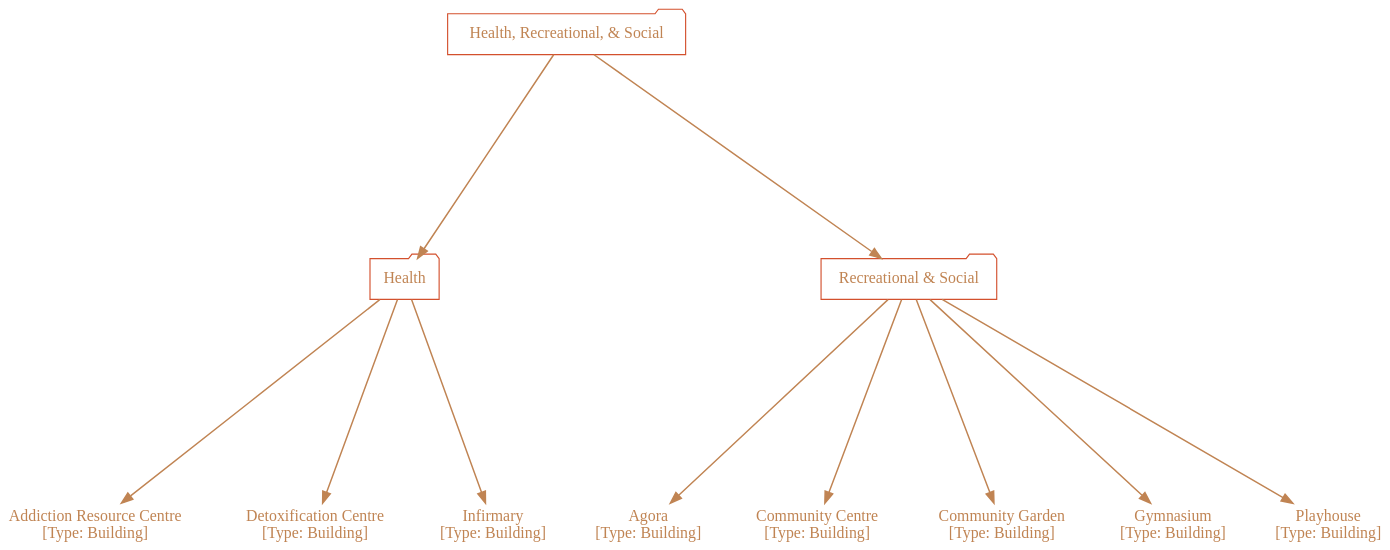
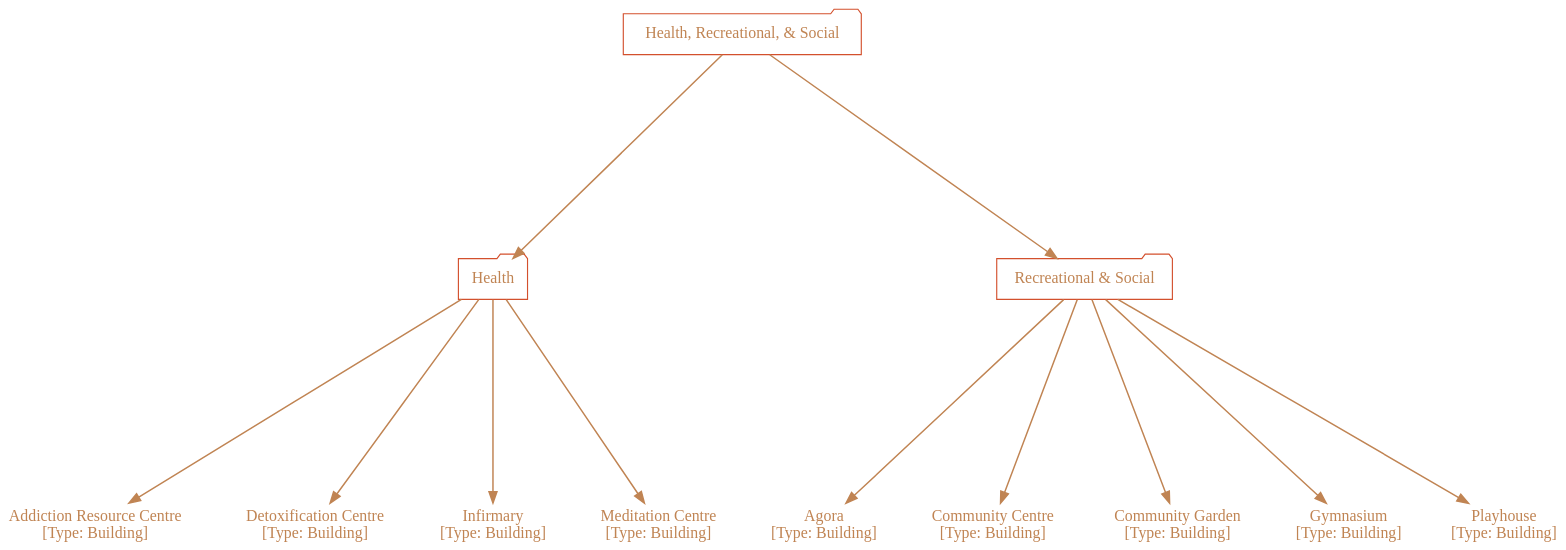
Before and after one commit to cartesiantheatre/handbook: the diagram in Handbook/Game_Mechanics/Graphviz/Units_User_Basic_Health_Recreational_and_Social.dot.gv, drawn with Graphviz. The commit also changed 5 other files, not shown here.

Commit message:
Handbook: Added Meditation Centre building unit... Handbook: Updated Kissinger's biography... Handbook: More Leitmotif references and minor edits... Handbook: Small Timeline edits...

```diff
--- a/Handbook/Game_Mechanics/Graphviz/Units_User_Basic_Health_Recreational_and_Social.dot.gv
+++ b/Handbook/Game_Mechanics/Graphviz/Units_User_Basic_Health_Recreational_and_Social.dot.gv
@@ -1,58 +1,60 @@
 /*
   This is part of the Avaneya Project Crew Handbook.
   Copyright (C) 2010-2013 Cartesian Theatre <info@cartesiantheatre.com>.
   See the file License for copying conditions.
   
   To manually compile:
       $ sudo aptitude install graphviz
       $ twopi -Tpdf Units_User_Basic_Health_Recreational_and_Social.twopi.gv -o Units_User_Basic_Health_Recreational_and_Social.pdf
 */
 
 digraph Units_User_Basic_Health_Recreational_and_Social
 {
     // Graph attributes...
 	bgcolor="transparent";
 	margin="0";
 	ratio="auto";
     ranksep="2.5";
     pad="0.5,0.5";
     compound="true";
     overlap="vpsc";
     root="Health, Recreational, & Social";
 
 	// Node attributes...
 	node[color="#d3502dff"];
 	node[fillcolor="gray10"];
     node[fontcolor="#c08453ff"];
     node[fontname="Ubuntu"];
     node[shape="none"]
-	
+
 	// Edge attributes...
 	edge[color="#c08453ff"];
 	edge[penwidth="1.3"];
 
     // Units...
     "Addiction Resource Centre"[label="Addiction Resource Centre\n[Type: Building]"];
     "Agora"[label="Agora\n[Type: Building]"];
     "Community Centre"[label="Community Centre\n[Type: Building]"];
     "Community Garden"[label="Community Garden\n[Type: Building]"];
     "Detoxification Centre"[label="Detoxification Centre\n[Type: Building]"];
     "Gymnasium"[label="Gymnasium\n[Type: Building]"];
     "Infirmary"[label="Infirmary\n[Type: Building]"];
+    "Meditation Centre"[label="Meditation Centre\n[Type: Building]"];
     "Playhouse"[label="Playhouse\n[Type: Building]"];
 
     // Categorical relations, but not build dependencies...
     "Health, Recreational, & Social"[shape="folder"];
         "Health"[shape="folder"];
         "Health, Recreational, & Social" -> "Health";
             "Health" -> "Addiction Resource Centre";
             "Health" -> "Detoxification Centre";
             "Health" -> "Infirmary";
+            "Health" -> "Meditation Centre";
         "Recreational & Social"[shape="folder"];
         "Health, Recreational, & Social" -> "Recreational & Social";
             "Recreational & Social" -> "Agora";
             "Recreational & Social" -> "Community Centre";
             "Recreational & Social" -> "Community Garden";
             "Recreational & Social" -> "Gymnasium";
             "Recreational & Social" -> "Playhouse";
 }
```
